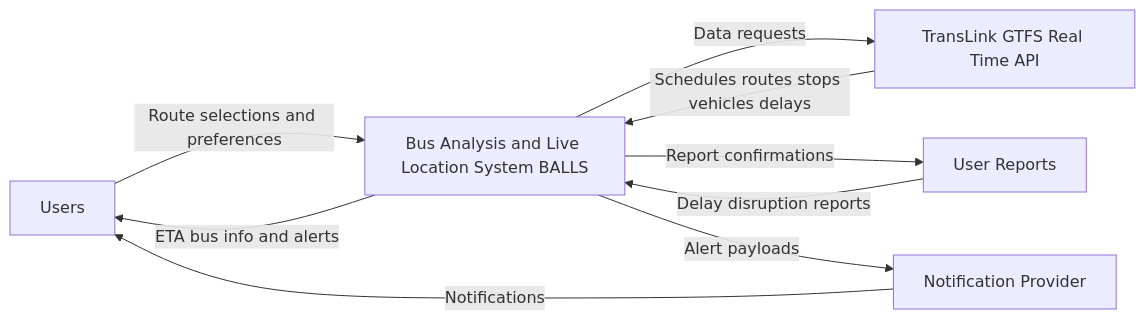
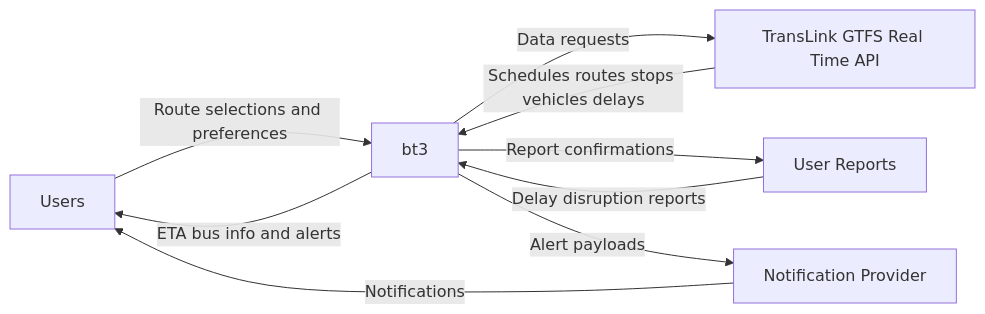
The first of 3 diagrams in docs/architecture.md (teamtoo7855/bt3), drawn with Mermaid before and after one commit. The commit also changed other lines of this file, not shown here.

Commit message:
Update architecture diagram to match project name

````diff
--- a/docs/architecture.md
+++ b/docs/architecture.md
@@ -9,21 +9,21 @@
 ```mermaid
 flowchart LR
   U[Users]
   T[TransLink GTFS Real Time API]
   R[User Reports]
   N[Notification Provider]
 
-  SYS[Bus Analysis and Live Location System BALLS]
+  SYS[bt3]
 
   U -->|Route selections and preferences| SYS
   SYS -->|ETA bus info and alerts| U
 
   T -->|Schedules routes stops vehicles delays| SYS
   SYS -->|Data requests| T
 
   R -->|Delay disruption reports| SYS
   SYS -->|Report confirmations| R
 
   SYS -->|Alert payloads| N
   N -->|Notifications| U
 ```
````
